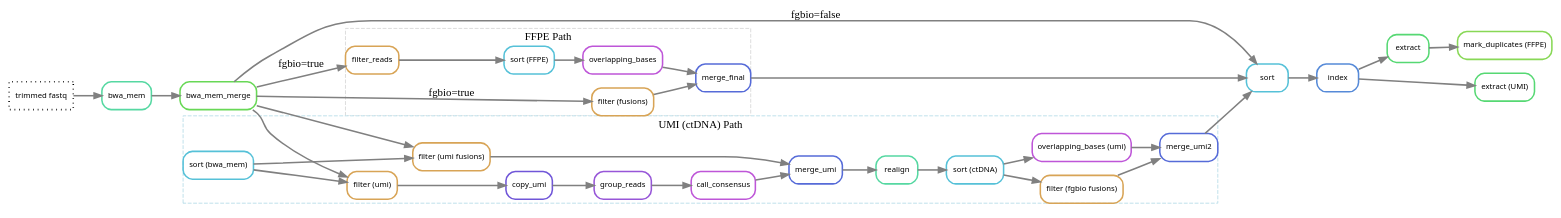
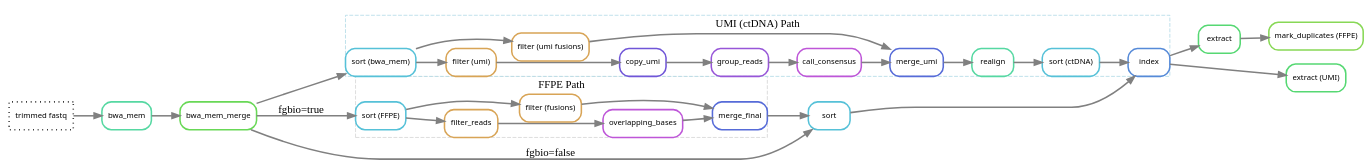
One commit to genomic-medicine-sweden/Twist_Solid changed the diagram in docs/images/alignment.dot. Above: the diagram before and after it, drawn with Graphviz. The commit also changed 5 other files, not shown here.

```diff
--- a/docs/images/alignment.dot
+++ b/docs/images/alignment.dot
@@ -1,95 +1,87 @@
 digraph snakemake_dag {
     rankdir=LR;
     graph[bgcolor=white, margin=0];
     node[shape=box, style=rounded, fontname=sans, fontsize=10, penwidth=2];
     edge[penwidth=2, color=grey];
 
     // Source
     8[label = "trimmed fastq", color = "0.0 0.0 0.0", style="dotted"];
 
     // Common initial alignment
     5[label = "bwa_mem", color = "0.43 0.6 0.85", style="rounded"];
     4[label = "bwa_mem_merge", color = "0.31 0.6 0.85", style="rounded"];
 
     8 -> 5
     5 -> 4
 
     subgraph cluster_ffpe {
         label = "FFPE Path";
         color = lightgrey;
         style = dashed;
 
         f1[label = "filter_reads", color = "0.1 0.6 0.85", style="rounded"];
         f1f[label = "filter (fusions)", color = "0.1 0.6 0.85", style="rounded"];
         s1[label = "sort (FFPE)", color = "0.53 0.6 0.85", style="rounded"];
         o1[label = "overlapping_bases", color = "0.80 0.6 0.85", style="rounded"];
         m1[label = "merge_final", color = "0.64 0.6 0.85", style="rounded"];
         
-        f1 -> s1
-        s1 -> o1
+        s1 -> f1
+        s1 -> f1f
+        f1 -> o1
         o1 -> m1
         f1f -> m1
     }
 
     subgraph cluster_umi {
         label = "UMI (ctDNA) Path";
         color = lightblue;
         style = dashed;
 
         f2[label = "filter (umi)", color = "0.1 0.6 0.85", style="rounded"];
         f2f[label = "filter (umi fusions)", color = "0.1 0.6 0.85", style="rounded"];
-        f2fu[label = "filter (fgbio fusions)", color = "0.1 0.6 0.85", style="rounded"];
         s0[label = "sort (bwa_mem)", color = "0.53 0.6 0.85", style="rounded"];
         20[label = "copy_umi", color = "0.70 0.6 0.85", style="rounded"];
         21[label = "group_reads", color = "0.75 0.6 0.85", style="rounded"];
         22[label = "call_consensus", color = "0.80 0.6 0.85", style="rounded"];
         m2[label = "merge_umi", color = "0.64 0.6 0.85", style="rounded"];
         re[label = "realign", color = "0.43 0.6 0.85", style="rounded"];
         s2[label = "sort (ctDNA)", color = "0.53 0.6 0.85", style="rounded"];
-        o2[label = "overlapping_bases (umi)", color = "0.80 0.6 0.85", style="rounded"];
-        m3[label = "merge_umi2", color = "0.64 0.6 0.85", style="rounded"];
         
         s0 -> f2
         s0 -> f2f
         f2 -> 20
         20 -> 21
         21 -> 22
         22 -> m2
         f2f -> m2
         m2 -> re
         re -> s2
-        s2 -> o2
-        s2 -> f2fu
-        o2 -> m3
-        f2fu -> m3
+        s2 -> 7
     }
 
     // FFPE edges
-    4 -> f1 [label="fgbio=true"]
-    4 -> f1f [label="fgbio=true"]
+    4 -> s1 [label="fgbio=true"]
     4 -> 3 [label="fgbio=false"]
 
     // UMI edges
-    4 -> f2
-    4 -> f2f
+    4 -> s0
 
     // Shared processing (Sort/Index)
     3[label = "sort", color = "0.53 0.6 0.85", style="rounded"];
     7[label = "index", color = "0.60 0.6 0.85", style="rounded"];
     
     m1 -> 3
-    m3 -> 3
     3 -> 7
     
     // Final extraction and deduplication (placed to the right)
     ex1[label = "extract", color = "0.37 0.6 0.85", style="rounded"];
     ex2[label = "extract (UMI)", color = "0.37 0.6 0.85", style="rounded"];
     1[label = "mark_duplicates (FFPE)", color = "0.27 0.6 0.85", style="rounded"];
 
     7 -> ex1
     7 -> ex2
     ex1 -> 1
 
     // Force extraction (umi) and Picard to the far right
     { rank = same; 1; ex2; }
 }
```
